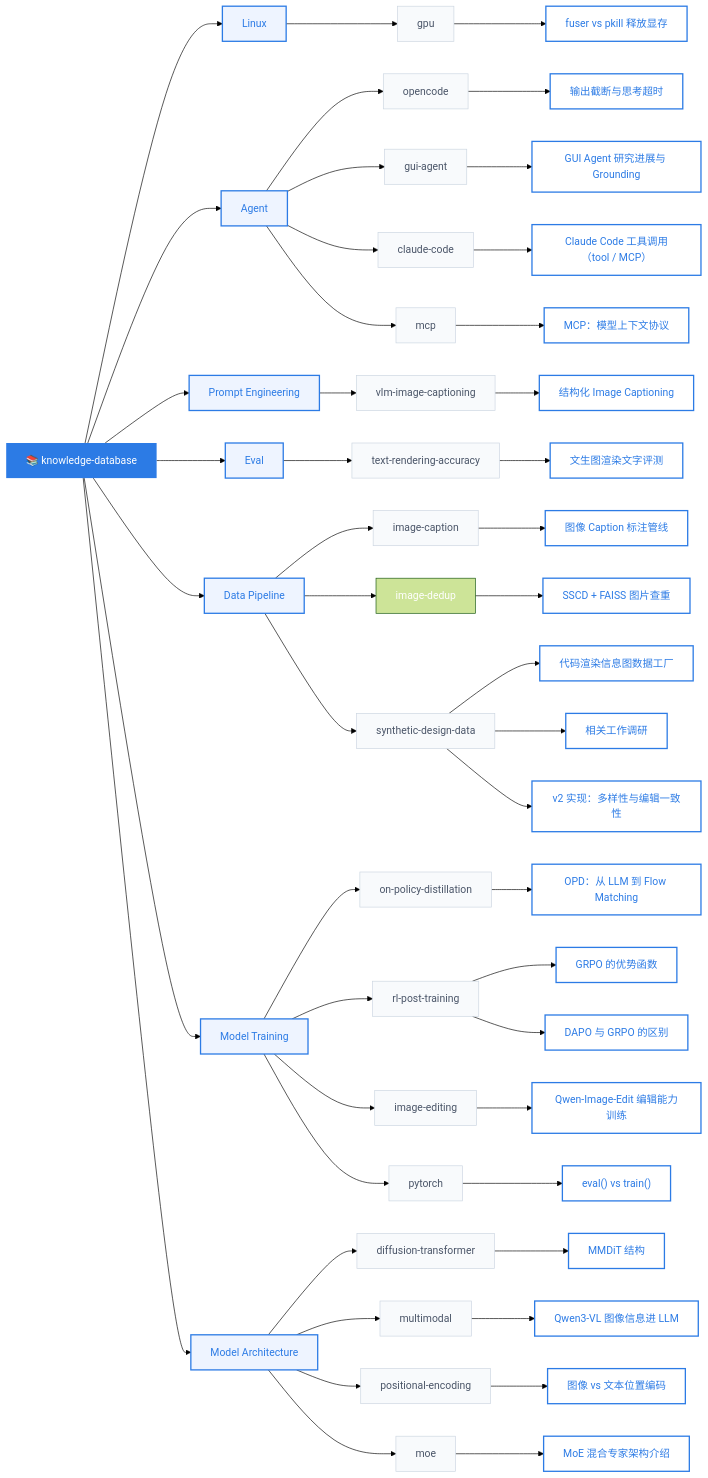
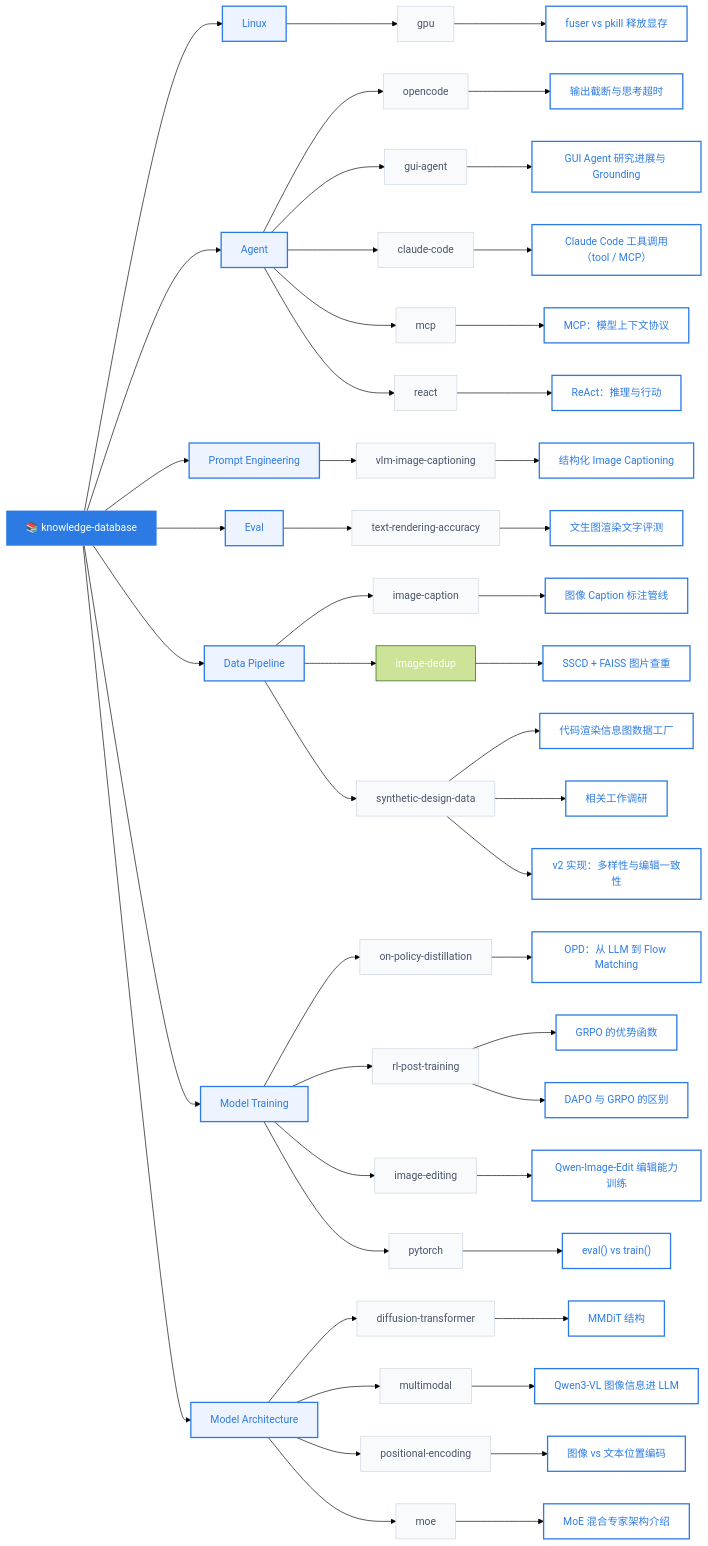
Before and after one commit to caseclose/knowledge-database: the diagram in README.md, drawn with Mermaid (forest theme). The commit also changed other lines of this file and 2 other files, not shown here.

Commit message:
add: ReAct 推理与行动交错循环
面试向整理姚顺雨 ReAct：Thought / Action / Observation 结构，
附可手写的 parse + 工具循环，并链到 Claude Code 的 tool_use。

````diff
--- a/README.md
+++ b/README.md
@@ -25,10 +25,12 @@
     Agent --> GUI["gui-agent"]
     Agent --> CC["claude-code"]
     Agent --> MCP["mcp"]
+    Agent --> RA["react"]
     OC --> K2["输出截断与思考超时"]
     GUI --> K7["GUI Agent 研究进展与 Grounding"]
     CC --> K12["Claude Code 工具调用（tool / MCP）"]
     MCP --> K20["MCP：模型上下文协议"]
+    RA --> K22["ReAct：推理与行动"]
 
     PE --> PE1["vlm-image-captioning"]
     PE1 --> K3["结构化 Image Captioning"]
@@ -74,8 +76,8 @@
 
     class KB root
     class Linux,Agent,PE,Eval,DP,MT,MA category
-    class GPU,OC,GUI,CC,MCP,PE1,EV1,DP1,DP3,OPD,RLPT,IE,PT,DT,MM,PEnc,MoE sub
-    class K1,K2,K3,K4,K5,K6,K7,K8,K9,K10,K11,K12,K13,K14,K15,K16,K17,K18,K19,K20,K21 knowledge
+    class GPU,OC,GUI,CC,MCP,RA,PE1,EV1,DP1,DP3,OPD,RLPT,IE,PT,DT,MM,PEnc,MoE sub
+    class K1,K2,K3,K4,K5,K6,K7,K8,K9,K10,K11,K12,K13,K14,K15,K16,K17,K18,K19,K20,K21,K22 knowledge
 
     click K1 href "#/linux/gpu/fuser-vs-pkill-release-gpu-memory"
     click K2 href "#/agent/opencode/output-truncation-and-thinking-timeout"
@@ -98,4 +100,5 @@
     click K19 href "#/model-architecture/moe/moe-architecture-intro"
     click K20 href "#/agent/mcp/model-context-protocol-intro"
     click K21 href "#/model-training/pytorch/eval-vs-train"
+    click K22 href "#/agent/react/react-reasoning-and-acting"
 ```
````
